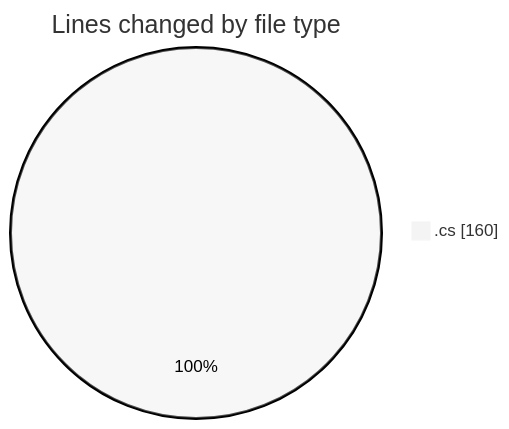
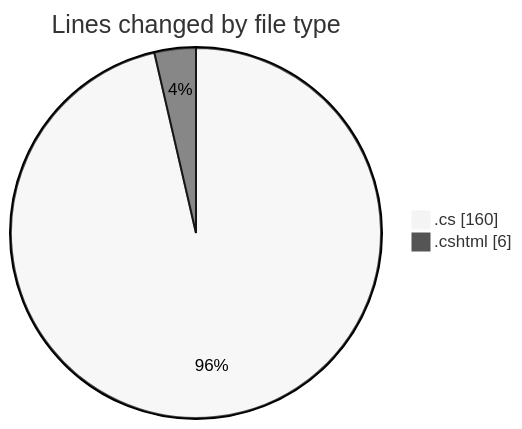
Before and after one commit to lephambinh05/code-tracking: the first of 2 diagrams in 2025-07-16/nhahang/README.md, drawn with Mermaid (neutral theme). The commit also changed other lines of this file and 1 other file, not shown here.

````diff
--- a/2025-07-16/nhahang/README.md
+++ b/2025-07-16/nhahang/README.md
@@ -24,5 +25,6 @@
 ```mermaid
 pie showData
 title Lines changed by file type
 ".cs" : 160
+".cshtml" : 6
 ```
````
